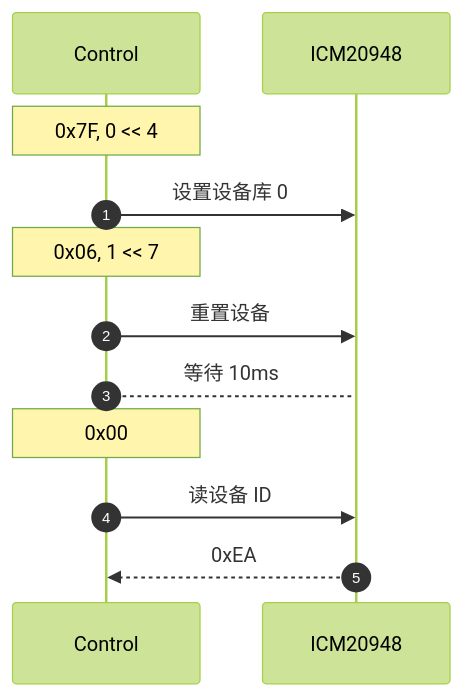
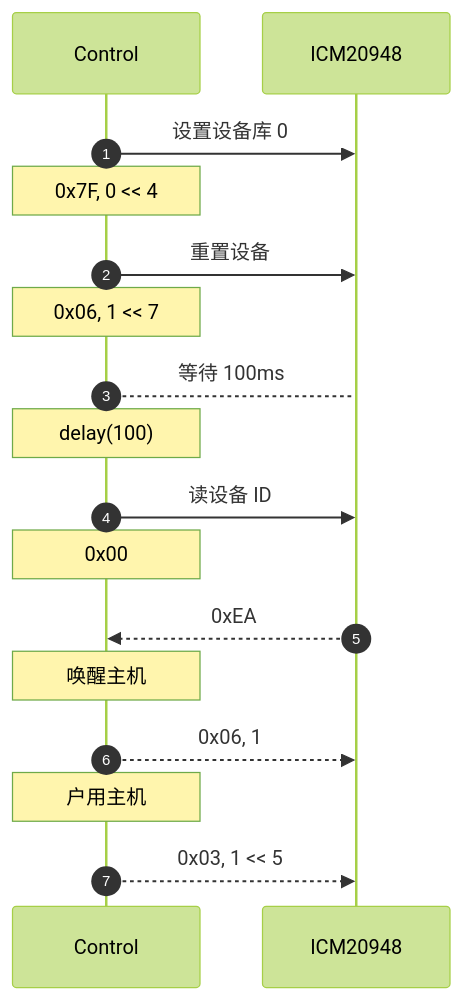
Before and after one commit to hkdickyko/hkdickyko.github.io: the first of 7 diagrams in _posts/2025-04-06-mdchart.md, drawn with Mermaid (forest theme). The commit also changed other lines of this file, not shown here.

```diff
--- a/_posts/2025-04-06-mdchart.md
+++ b/_posts/2025-04-06-mdchart.md
@@ -164,14 +164,19 @@
 <div class="mermaid">
 sequenceDiagram;
    autonumber;
    participant C as Control;
    participant I as ICM20948;
-   note over C: 0x7F, 0 << 4;
    C->>I: 设置设备库 0;
+   note over C: 0x7F, 0 << 4; 
+   C->>I: 重置设备;   
    note over C: 0x06, 1 << 7;
-   C->>I: 重置设备;
-   C-->I: 等待 10ms;   
+   C-->I: 等待 100ms;
+   note over C: delay(100);
+   C->>I: 读设备 ID;   
    note over C: 0x00;
-   C->>I: 读设备 ID;
    I-->>C: 0xEA;
+   note over C: 唤醒主机;
+   C-->>I: 0x06, 1;
+   note over C: 户用主机;
+   C-->>I: 0x03, 1 << 5;
 </div>
```
